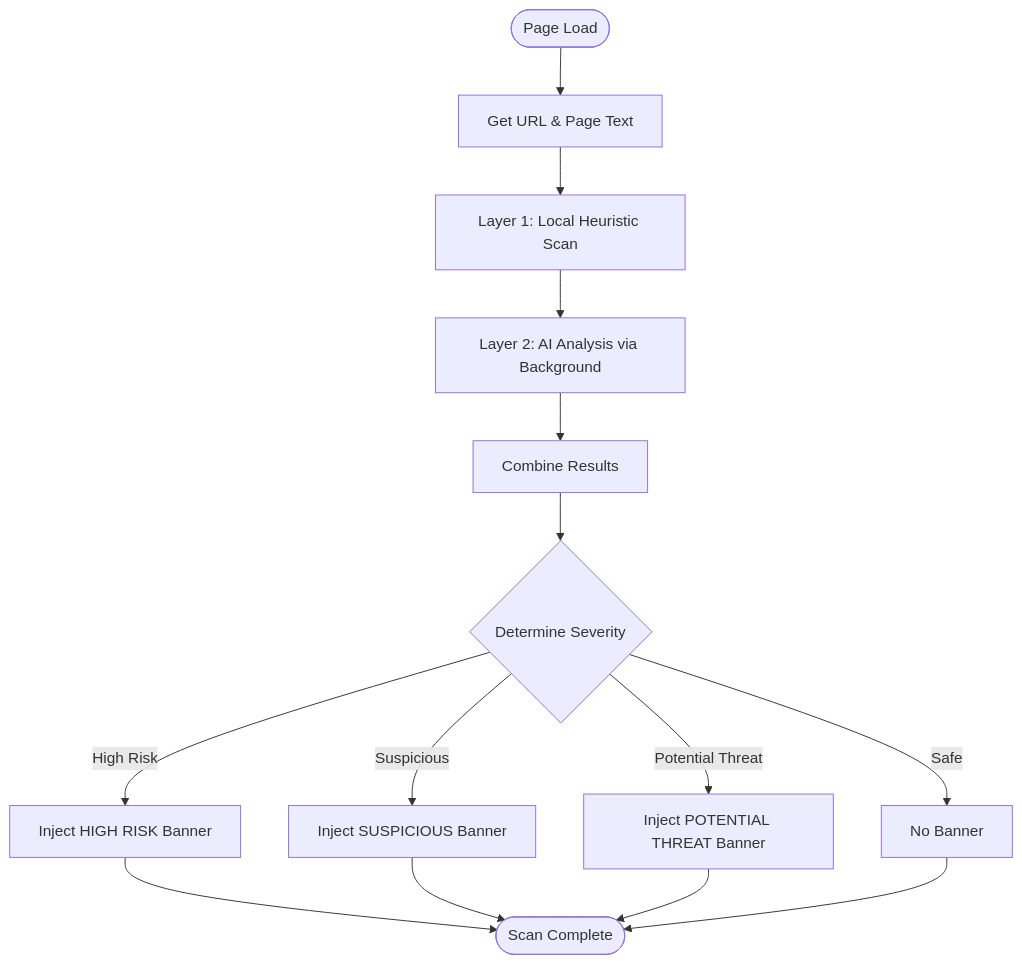
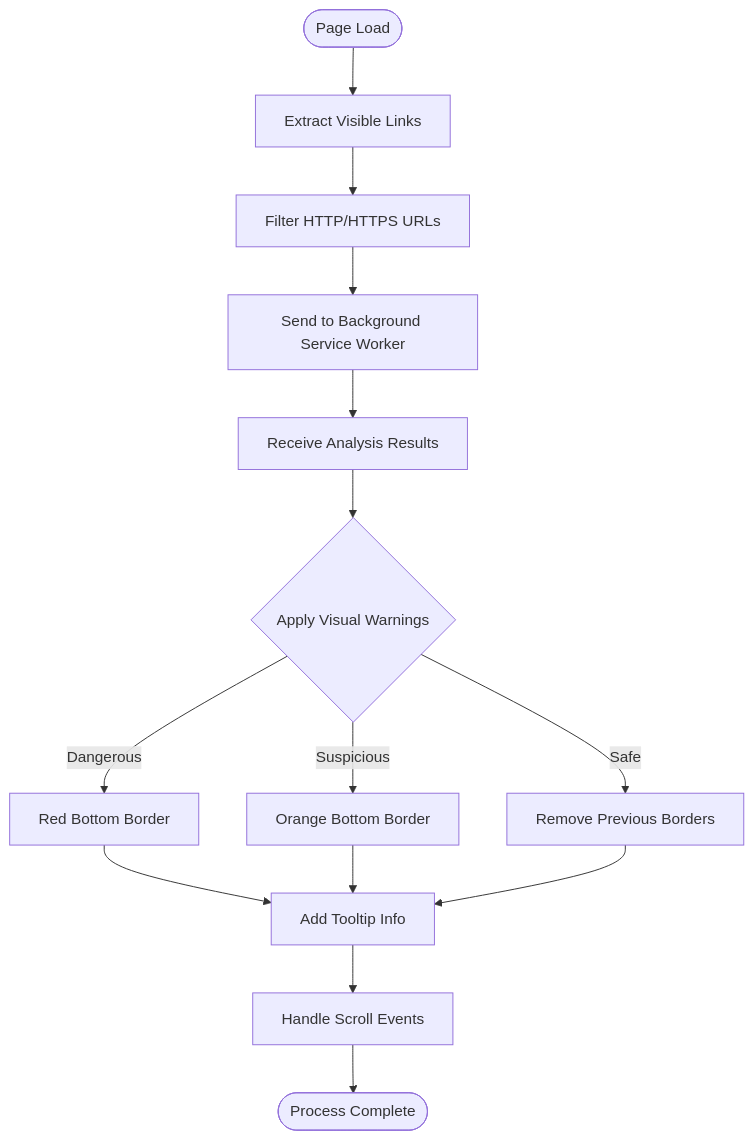
One commit to Aymanaahh/scrollguard-ai changed the fourth of 7 diagrams in .qoder/repowiki/en/content/Chrome Extension Development.md. Above: the diagram before and after it, drawn with Mermaid. The commit also changed other lines of this file and 36 other files, not shown here.

````diff
--- a/.qoder/repowiki/en/content/Chrome Extension Development.md
+++ b/.qoder/repowiki/en/content/Chrome Extension Development.md
@@ -220,16 +218,16 @@
 ```mermaid
 flowchart TD
-Start(["Page Load"]) --> GetURL["Get URL & Page Text"]
-GetURL --> Layer1["Layer 1: Local Heuristic Scan"]
-Layer1 --> Layer2["Layer 2: AI Analysis via Background"]
-Layer2 --> Combine["Combine Results"]
-Combine --> Severity{"Determine Severity"}
-Severity --> |High Risk| HighBanner["Inject HIGH RISK Banner"]
-Severity --> |Suspicious| MedBanner["Inject SUSPICIOUS Banner"]
-Severity --> |Potential Threat| LowBanner["Inject POTENTIAL THREAT Banner"]
-Severity --> |Safe| NoBanner["No Banner"]
-HighBanner --> End(["Scan Complete"])
-MedBanner --> End
-LowBanner --> End
-NoBanner --> End
+Start(["Page Load"]) --> Extract["Extract Visible Links"]
+Extract --> Filter["Filter HTTP/HTTPS URLs"]
+Filter --> Send["Send to Background Service Worker"]
+Send --> Receive["Receive Analysis Results"]
+Receive --> Apply{"Apply Visual Warnings"}
+Apply --> |Dangerous| RedBorder["Red Bottom Border"]
+Apply --> |Suspicious| OrangeBorder["Orange Bottom Border"]
+Apply --> |Safe| RemoveBorder["Remove Previous Borders"]
+RedBorder --> Tooltip["Add Tooltip Info"]
+OrangeBorder --> Tooltip
+RemoveBorder --> Tooltip
+Tooltip --> Scroll["Handle Scroll Events"]
+Scroll --> End(["Process Complete"])
 ```
````
